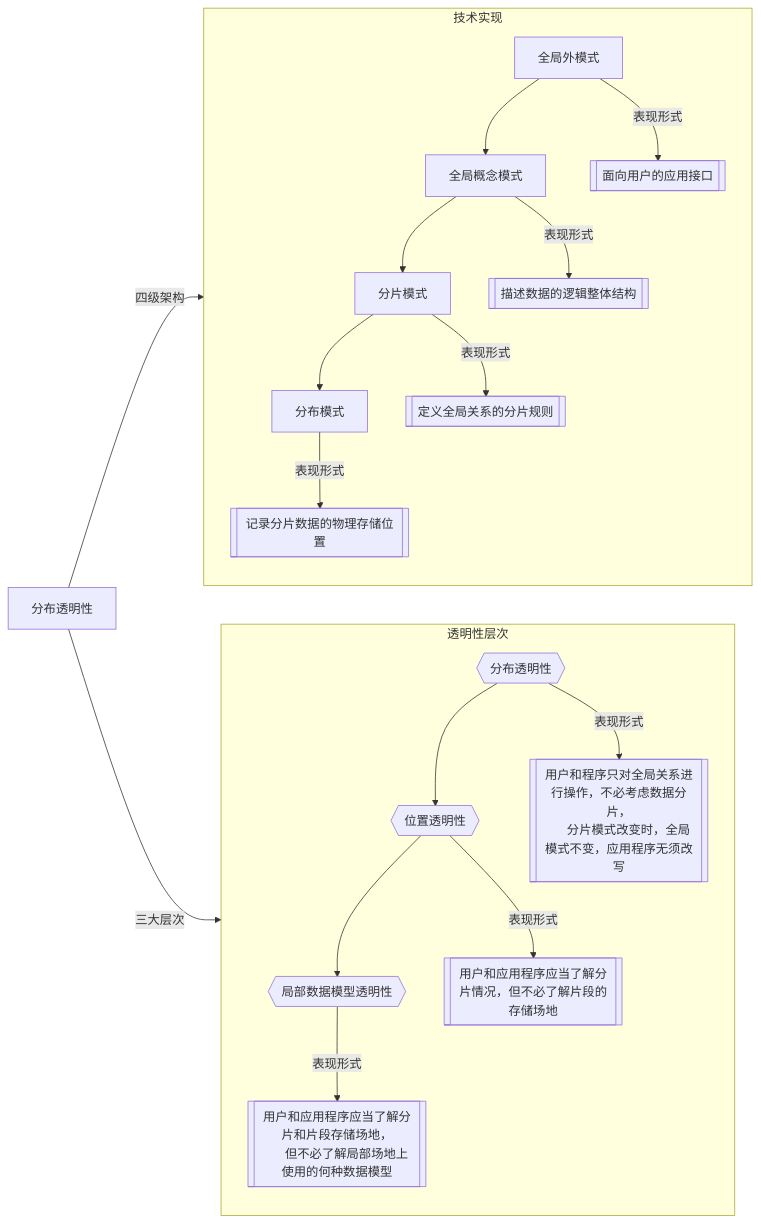
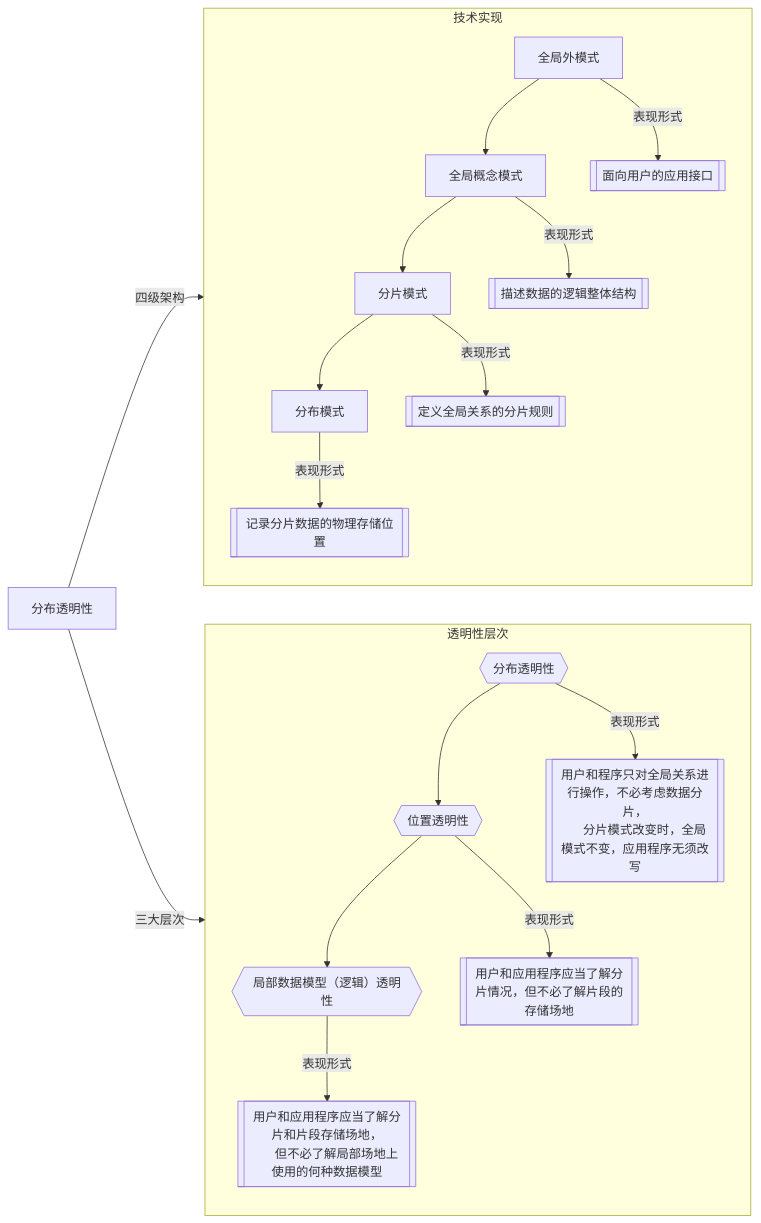
Before and after one commit to 290044632/bookmark: the diagram in 软考复习/分布式架构-分布透明性.md, drawn with Mermaid. The commit also changed 1 other file, not shown here.

Commit message:
新增体系结构演化

````diff
--- a/软考复习/分布式架构-分布透明性.md
+++ b/软考复习/分布式架构-分布透明性.md
@@ -3,33 +3,33 @@
 ```mermaid
 flowchart LR
 A["分布透明性"]
 subgraph 技术实现
 direction TB
 B1["全局外模式"]
 B1-->B2
 B1-->|表现形式|B11[["面向用户的应用接口"]]
 B2["全局概念模式"]
 B2-->B3
 B2-->|表现形式|B21[["描述数据的逻辑整体结构"]]
 B3["分片模式"]
 B3-->B4
 B3-->|表现形式|B31[["定义全局关系的分片规则"]]
 B4["分布模式"]
 B4-->|表现形式|B41[["记录分片数据的物理存储位置"]]
 end
 subgraph 透明性层次
 direction TB
 C1{{"分布透明性"}}
 C1-->C2
 C1-->|表现形式|C11[["用户和程序只对全局关系进行操作，不必考虑数据分片，
       分片模式改变时，全局模式不变，应用程序无须改写"]]
 C2{{"位置透明性"}}
 C2-->C3
 C2-->|表现形式|C21[["用户和应用程序应当了解分片情况，但不必了解片段的存储场地"]]
-C3{{"局部数据模型透明性"}}
+C3{{"局部数据模型（逻辑）透明性"}}
 C3-->|表现形式|C31[["用户和应用程序应当了解分片和片段存储场地，
       但不必了解局部场地上使用的何种数据模型"]]
 end
 A-->|四级架构|技术实现
 A-->|三大层次|透明性层次
 ```
````
